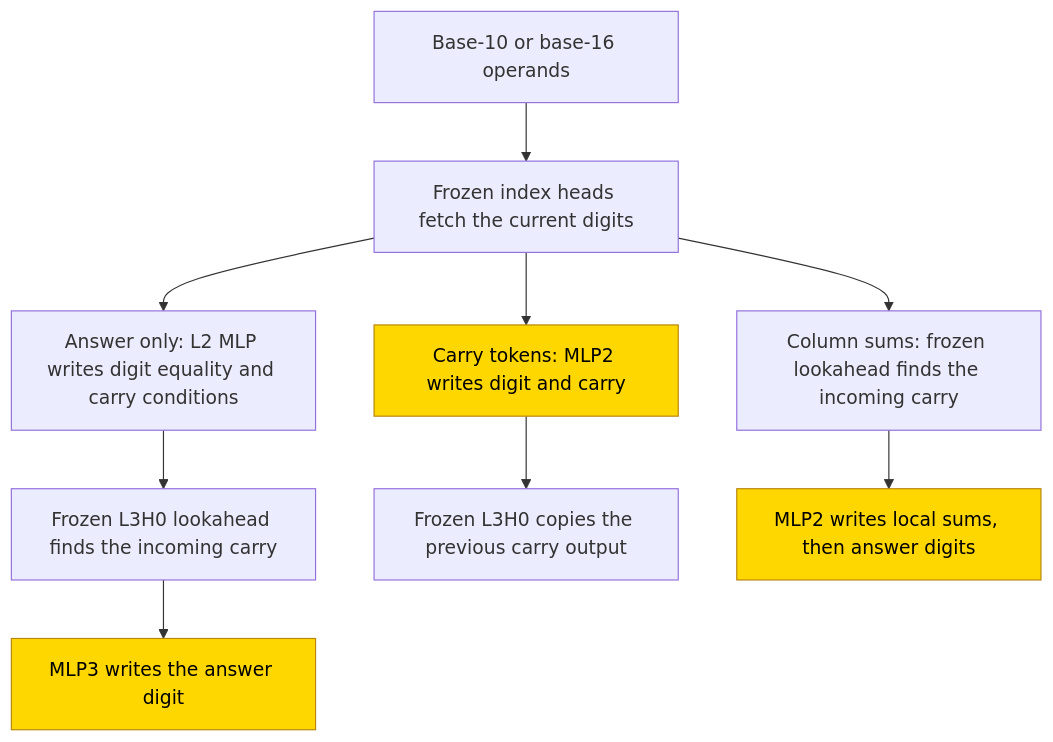
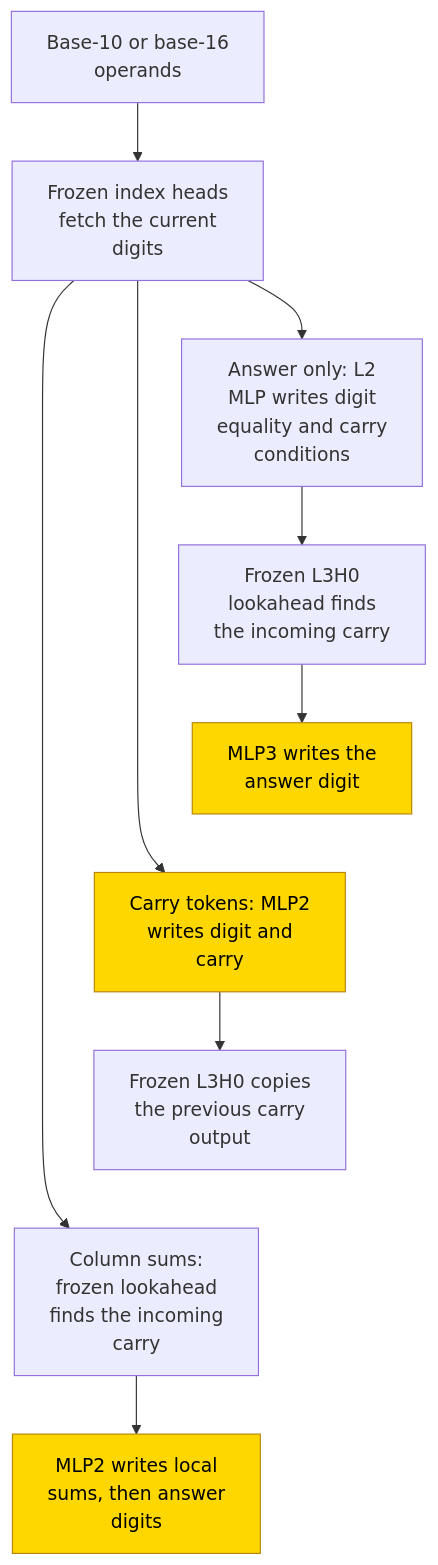
Before and after one commit to jc1122/mechanistic-interpretability-circuit-atlas: the first of 2 diagrams in entries/decimal-hex-addition.md, drawn with Mermaid. The commit also changed other lines of this file and 39 other files, not shown here.

````diff
--- a/entries/decimal-hex-addition.md
+++ b/entries/decimal-hex-addition.md
@@ -96,15 +96,18 @@
 ```mermaid
 flowchart TD
     accTitle: Hand-built digit and carry routes in larger bases
     accDescr: Frozen index heads fetch operand digits. Answer only uses lookahead and a digit MLP; written carries use a digit-and-carry MLP and a frozen carry-copy head; column sums use a two-phase MLP. Only marked stage MLPs are trained in PART. Status is partial, with complement untested and no whole TRAIN mechanism established.
-    P["Base-10 or base-16 operands"] --> F["Frozen index heads fetch the current digits"]
-    F --> A["Answer only: L2 MLP writes digit equality and carry conditions"]
-    A --> L["Frozen L3H0 lookahead finds the incoming carry"]
-    L --> AM["MLP3 writes the answer digit"]
-    F --> BM["Carry tokens: MLP2 writes digit and carry"]
-    BM --> R["Frozen L3H0 copies the previous carry output"]
-    F --> CL["Column sums: frozen lookahead finds the incoming carry"]
-    CL --> CM["MLP2 writes local sums, then answer digits"]
+    P["Base-10 or base-16<br/>operands"] --> F["Frozen index heads<br/>fetch the current<br/>digits"]
+    F --> A["Answer only: L2<br/>MLP writes digit<br/>equality and carry<br/>conditions"]
+    A --> L["Frozen L3H0<br/>lookahead finds<br/>the incoming carry"]
+    L --> AM["MLP3 writes the<br/>answer digit"]
+    F --> BM["Carry tokens: MLP2<br/>writes digit and<br/>carry"]
+    BM --> R["Frozen L3H0 copies<br/>the previous carry<br/>output"]
+    F --> CL["Column sums:<br/>frozen lookahead<br/>finds the incoming<br/>carry"]
+    CL --> CM["MLP2 writes local<br/>sums, then answer<br/>digits"]
     classDef trained fill:gold,stroke:darkgoldenrod,color:black
     class AM,BM,CM trained
+    %% Invisible links constrain vertical layout only, not computation.
+    AM ~~~ BM
+    R ~~~ CL
 ```
````
